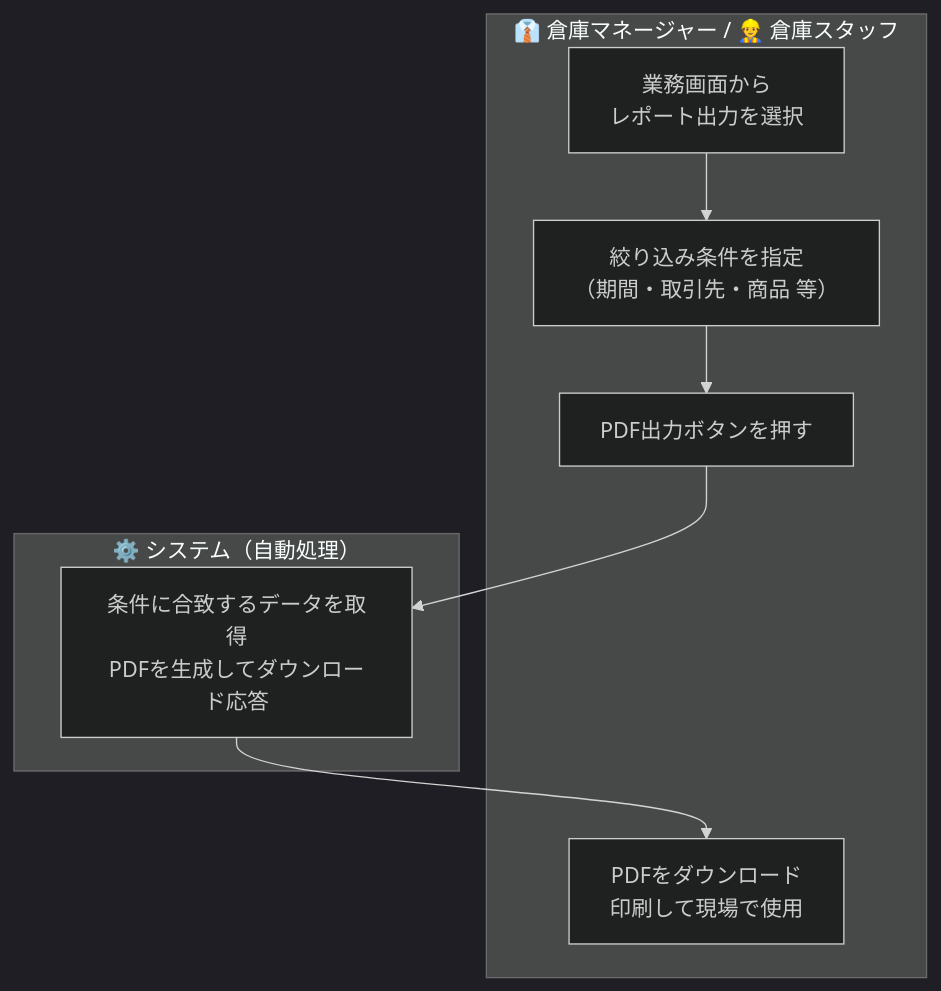
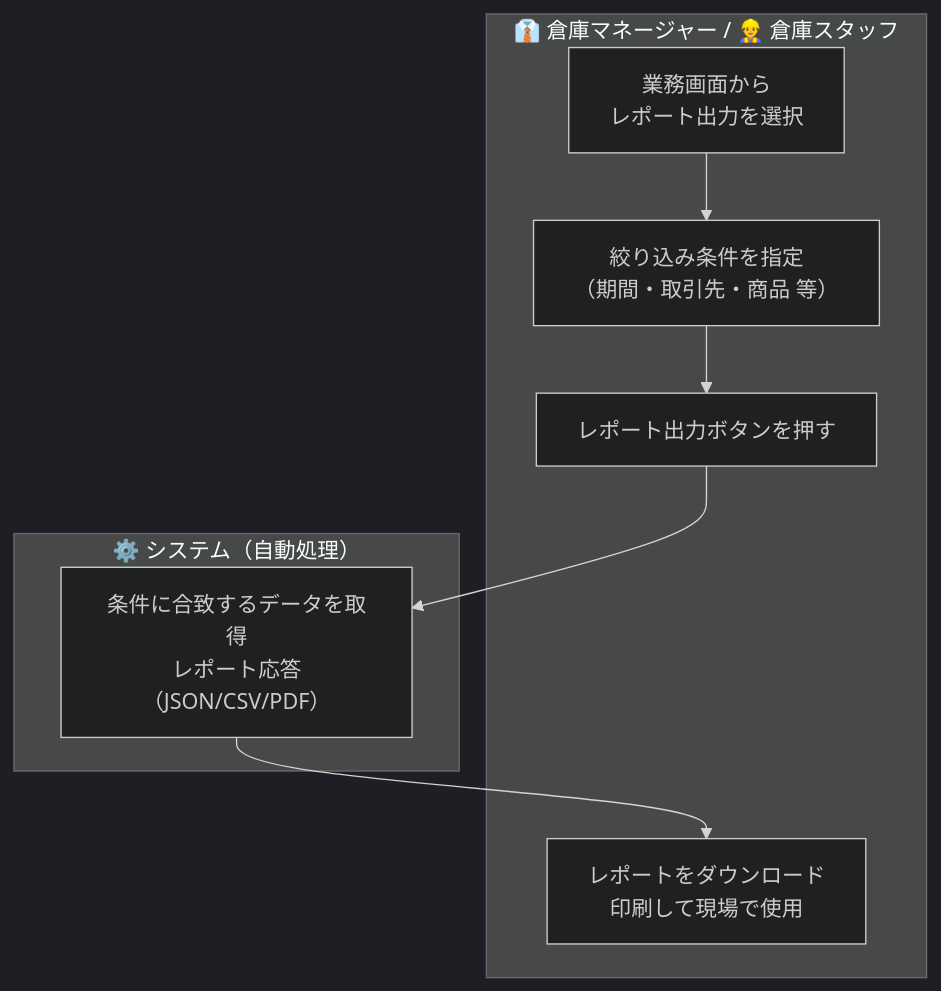
The diagram in docs/functional-requirements/05-reports.md (hidefumiagata/wms), drawn with Mermaid (dark theme) before and after one commit. The commit also changed other lines of this file and 242 other files, not shown here.

````diff
--- a/docs/functional-requirements/05-reports.md
+++ b/docs/functional-requirements/05-reports.md
@@ -16,18 +16,18 @@
 ```mermaid
 flowchart TD
     subgraph USER["👔 倉庫マネージャー / 👷 倉庫スタッフ"]
         U1["業務画面から\nレポート出力を選択"]
         U2["絞り込み条件を指定\n（期間・取引先・商品 等）"]
-        U3["PDF出力ボタンを押す"]
-        U4["PDFをダウンロード\n印刷して現場で使用"]
+        U3["レポート出力ボタンを押す"]
+        U4["レポートをダウンロード\n印刷して現場で使用"]
     end
 
     subgraph SYS["⚙️ システム（自動処理）"]
-        SY1["条件に合致するデータを取得\nPDFを生成してダウンロード応答"]
+        SY1["条件に合致するデータを取得\nレポート応答（JSON/CSV/PDF）"]
     end
 
     U1 --> U2
     U2 --> U3
     U3 --> SY1
     SY1 --> U4
 ```
````
